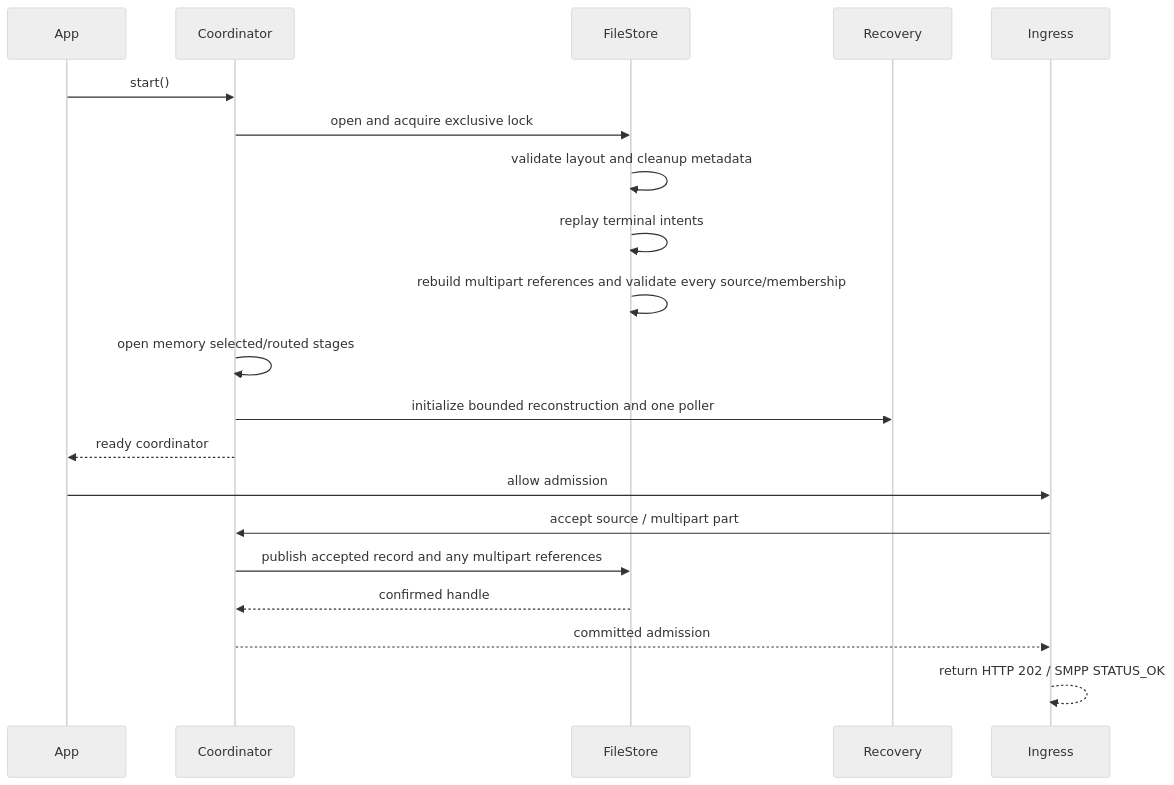
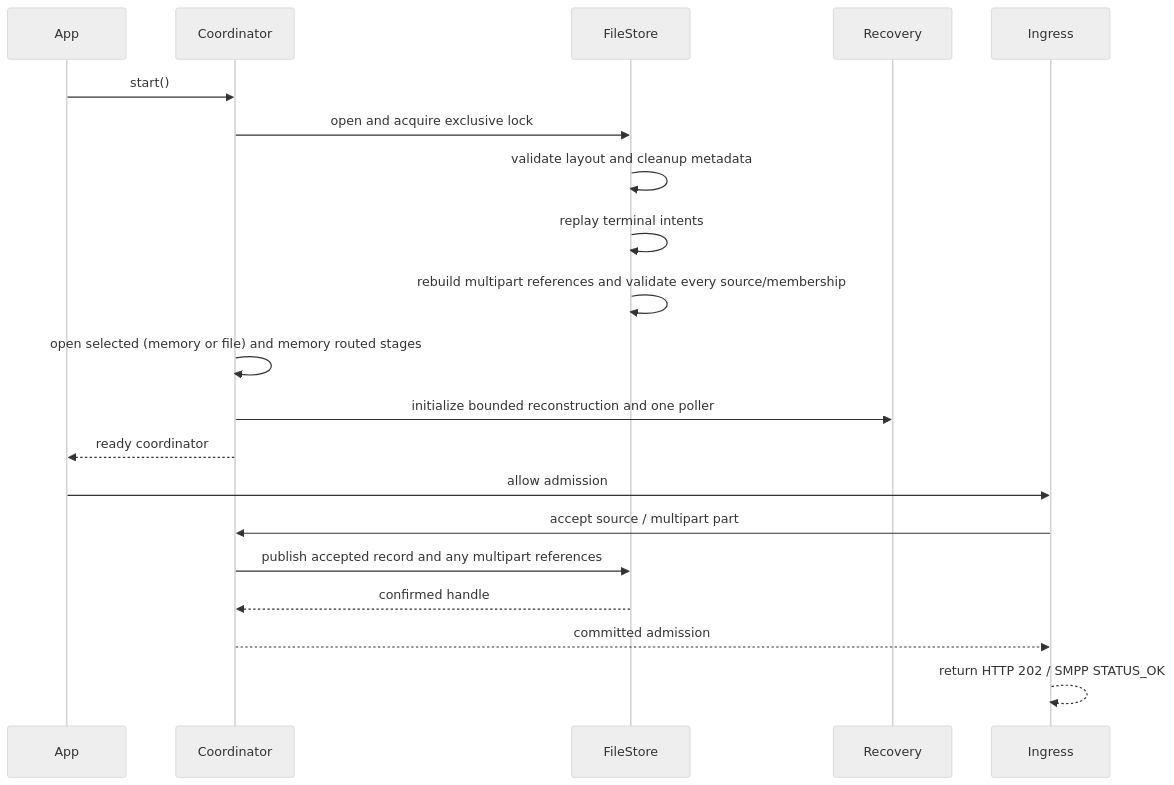
Before and after one commit to cytechmobile/sendium: the second of 2 diagrams in docs/16-filesystem-pending-storage.md, drawn with Mermaid (neutral theme). The commit also changed other lines of this file and 36 other files, not shown here.

First line of the commit message:
feat(storage): add filesystem recovery for selected and routed outbound work (#406)

````diff
--- a/docs/16-filesystem-pending-storage.md
+++ b/docs/16-filesystem-pending-storage.md
@@ -149,22 +244,22 @@
 ```mermaid
 sequenceDiagram
     participant App
     participant Coordinator
     participant FileStore
     participant Recovery
     participant Ingress
     App->>Coordinator: start()
     Coordinator->>FileStore: open and acquire exclusive lock
     FileStore->>FileStore: validate layout and cleanup metadata
     FileStore->>FileStore: replay terminal intents
     FileStore->>FileStore: rebuild multipart references and validate every source/membership
-    Coordinator->>Coordinator: open memory selected/routed stages
+    Coordinator->>Coordinator: open selected (memory or file) and memory routed stages
     Coordinator->>Recovery: initialize bounded reconstruction and one poller
     Coordinator-->>App: ready coordinator
     App->>Ingress: allow admission
     Ingress->>Coordinator: accept source / multipart part
     Coordinator->>FileStore: publish accepted record and any multipart references
     FileStore-->>Coordinator: confirmed handle
     Coordinator-->>Ingress: committed admission
     Ingress-->>Ingress: return HTTP 202 / SMPP STATUS_OK
 ```
````
